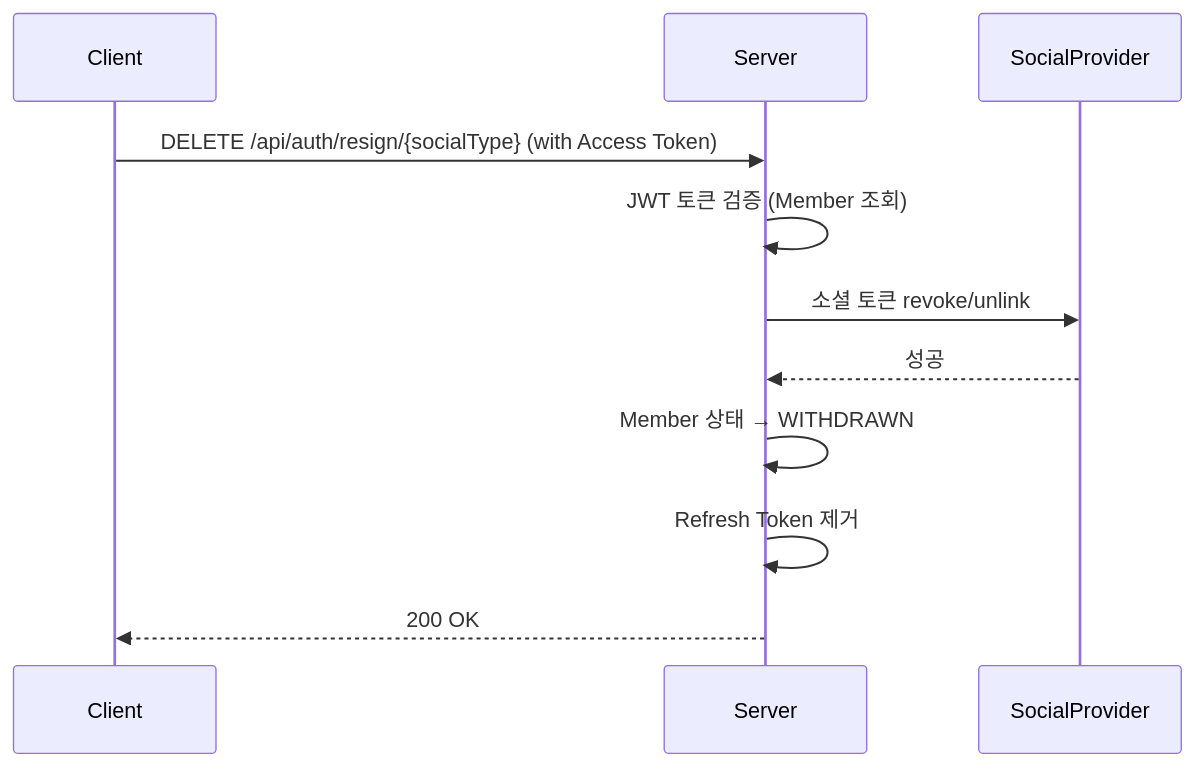
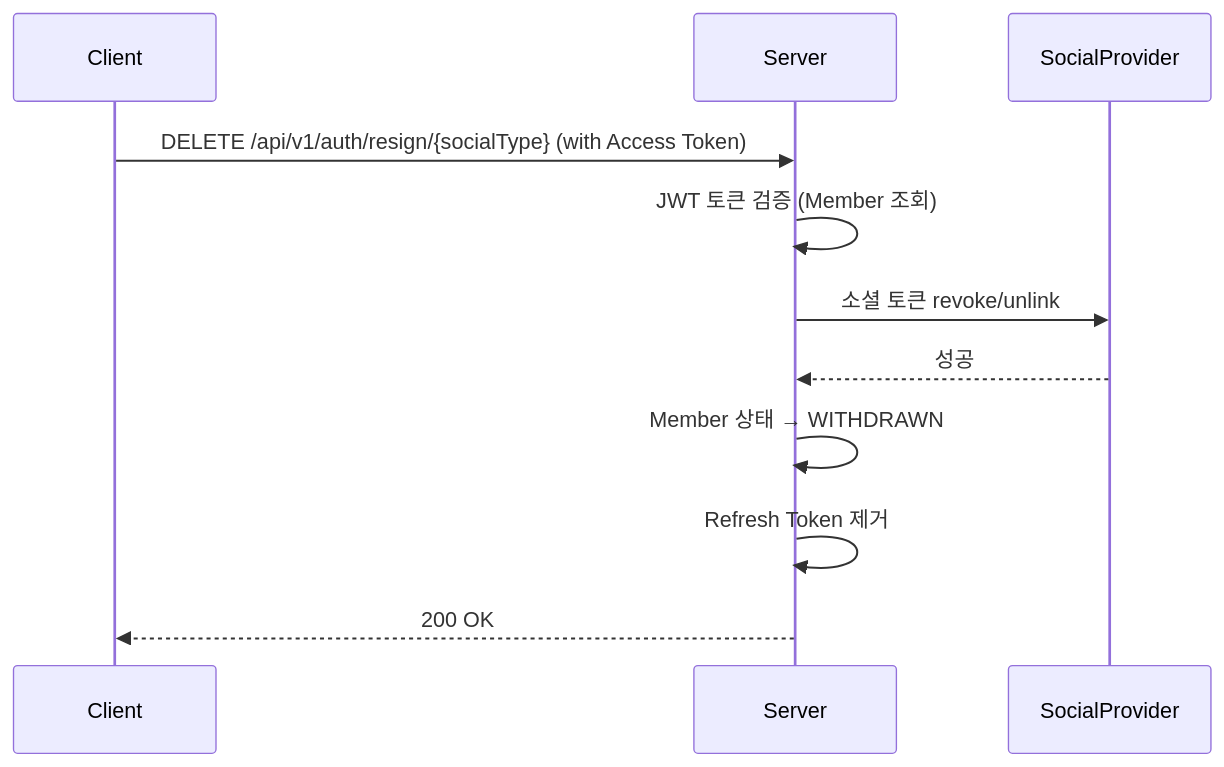
Before and after one commit to focus-to-level-up/api-server: the fourth of 4 diagrams in API_DOCUMENTATION.md, drawn with Mermaid. The commit also changed other lines of this file and 4 other files, not shown here.

````diff
--- a/API_DOCUMENTATION.md
+++ b/API_DOCUMENTATION.md
@@ -585,14 +585,14 @@
 ```mermaid
 sequenceDiagram
     participant Client
     participant Server
     participant SocialProvider
 
-    Client->>Server: DELETE /api/auth/resign/{socialType} (with Access Token)
+    Client->>Server: DELETE /api/v1/auth/resign/{socialType} (with Access Token)
     Server->>Server: JWT 토큰 검증 (Member 조회)
     Server->>SocialProvider: 소셜 토큰 revoke/unlink
     SocialProvider-->>Server: 성공
     Server->>Server: Member 상태 → WITHDRAWN
     Server->>Server: Refresh Token 제거
     Server-->>Client: 200 OK
 ```
````
